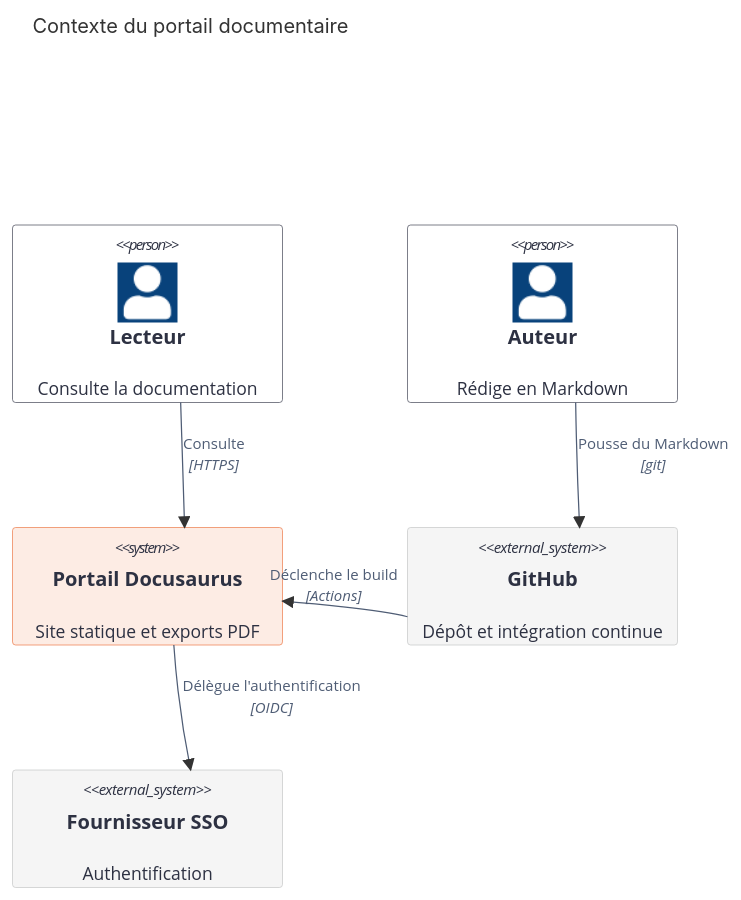
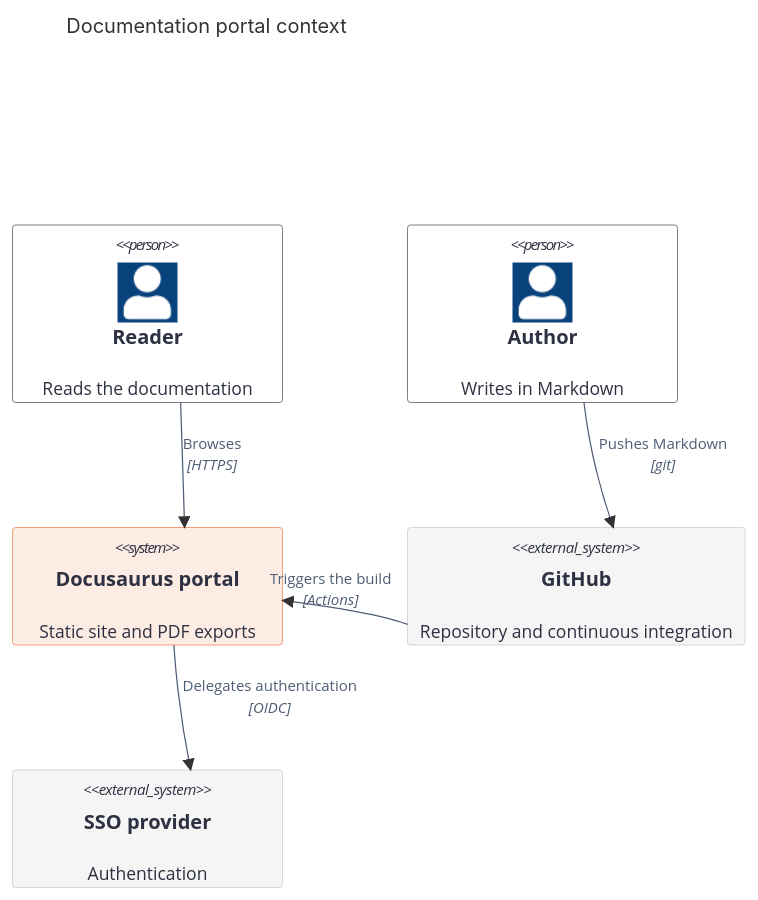
One commit to InnovateIt-ak/docusaurus changed diagram 14 of 25 in docs/mermaid-diagrams.mdx. Above: the diagram before and after it, drawn with Mermaid. The commit also changed other lines of this file, not shown here.

First line of the commit message:
Translate the Mermaid reference page to English

````diff
--- a/docs/mermaid-diagrams.mdx
+++ b/docs/mermaid-diagrams.mdx
@@ -672,28 +669,28 @@
 ```mermaid
 C4Context
-    title Contexte du portail documentaire
+    title Documentation portal context
 
-    Person(lecteur, "Lecteur", "Consulte la documentation")
-    Person(auteur, "Auteur", "Rédige en Markdown")
+    Person(reader, "Reader", "Reads the documentation")
+    Person(author, "Author", "Writes in Markdown")
 
-    System(portail, "Portail Docusaurus", "Site statique et exports PDF")
+    System(portal, "Docusaurus portal", "Static site and PDF exports")
 
-    System_Ext(github, "GitHub", "Dépôt et intégration continue")
-    System_Ext(sso, "Fournisseur SSO", "Authentification")
+    System_Ext(github, "GitHub", "Repository and continuous integration")
+    System_Ext(sso, "SSO provider", "Authentication")
 
-    Rel(lecteur, portail, "Consulte", "HTTPS")
-    Rel(auteur, github, "Pousse du Markdown", "git")
-    Rel(github, portail, "Déclenche le build", "Actions")
-    Rel(portail, sso, "Délègue l'authentification", "OIDC")
+    Rel(reader, portal, "Browses", "HTTPS")
+    Rel(author, github, "Pushes Markdown", "git")
+    Rel(github, portal, "Triggers the build", "Actions")
+    Rel(portal, sso, "Delegates authentication", "OIDC")
 
-    UpdateElementStyle(lecteur, $bgColor="#ffffff", $borderColor="#2d3142", $fontColor="#2d3142")
-    UpdateElementStyle(auteur, $bgColor="#ffffff", $borderColor="#2d3142", $fontColor="#2d3142")
-    UpdateElementStyle(portail, $bgColor="#fdece4", $borderColor="#eb6c36", $fontColor="#2d3142")
+    UpdateElementStyle(reader, $bgColor="#ffffff", $borderColor="#2d3142", $fontColor="#2d3142")
+    UpdateElementStyle(author, $bgColor="#ffffff", $borderColor="#2d3142", $fontColor="#2d3142")
+    UpdateElementStyle(portal, $bgColor="#fdece4", $borderColor="#eb6c36", $fontColor="#2d3142")
     UpdateElementStyle(github, $bgColor="#f5f5f5", $borderColor="#bfc0c0", $fontColor="#2d3142")
     UpdateElementStyle(sso, $bgColor="#f5f5f5", $borderColor="#bfc0c0", $fontColor="#2d3142")
 
-    UpdateRelStyle(lecteur, portail, $textColor="#4f5d75", $lineColor="#4f5d75", $offsetY="-20")
-    UpdateRelStyle(auteur, github, $textColor="#4f5d75", $lineColor="#4f5d75", $offsetY="-20")
-    UpdateRelStyle(github, portail, $textColor="#4f5d75", $lineColor="#4f5d75", $offsetY="-30", $offsetX="-60")
-    UpdateRelStyle(portail, sso, $textColor="#4f5d75", $lineColor="#4f5d75", $offsetY="-20")
+    UpdateRelStyle(reader, portal, $textColor="#4f5d75", $lineColor="#4f5d75", $offsetY="-20")
+    UpdateRelStyle(author, github, $textColor="#4f5d75", $lineColor="#4f5d75", $offsetY="-20")
+    UpdateRelStyle(github, portal, $textColor="#4f5d75", $lineColor="#4f5d75", $offsetY="-30", $offsetX="-60")
+    UpdateRelStyle(portal, sso, $textColor="#4f5d75", $lineColor="#4f5d75", $offsetY="-20")
 ```
````
